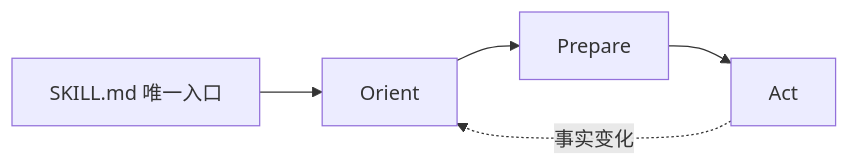
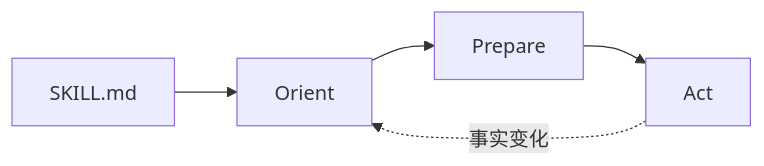
The diagram in README.md (rainiva/DevGuard), drawn with Mermaid before and after one commit. The commit also changed other lines of this file and 1 other file, not shown here.

````diff
--- a/README.md
+++ b/README.md
@@ -40,7 +39,7 @@
 ```mermaid
 flowchart LR
-  A[SKILL.md 唯一入口] --> B[Orient]
+  A[SKILL.md] --> B[Orient]
   B --> C[Prepare]
   C --> D[Act]
   D -.事实变化.-> B
 ```
````
